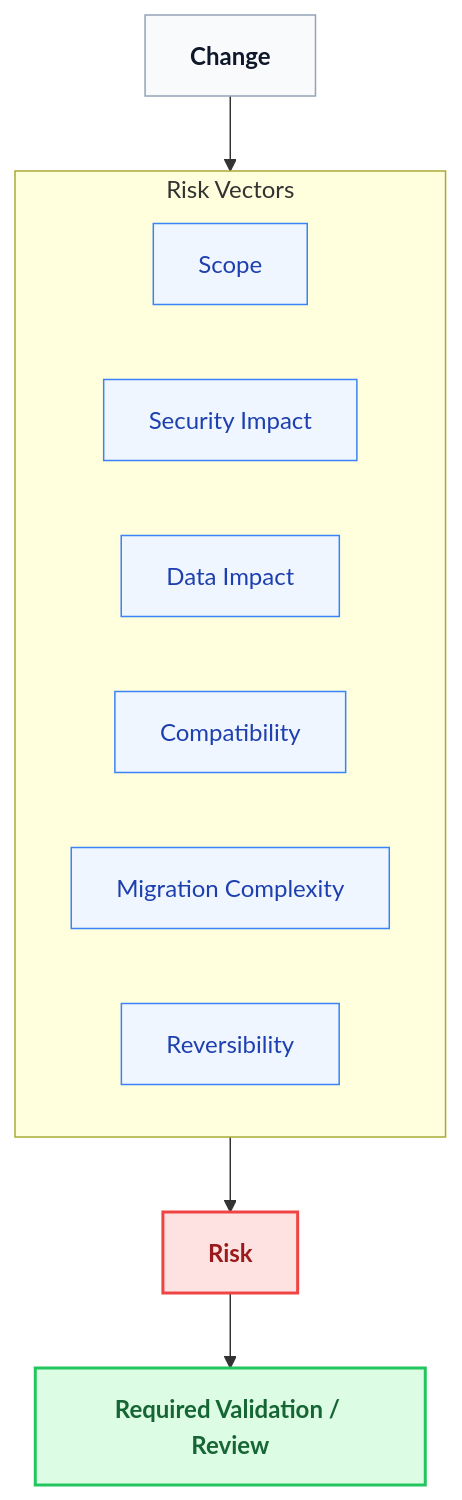
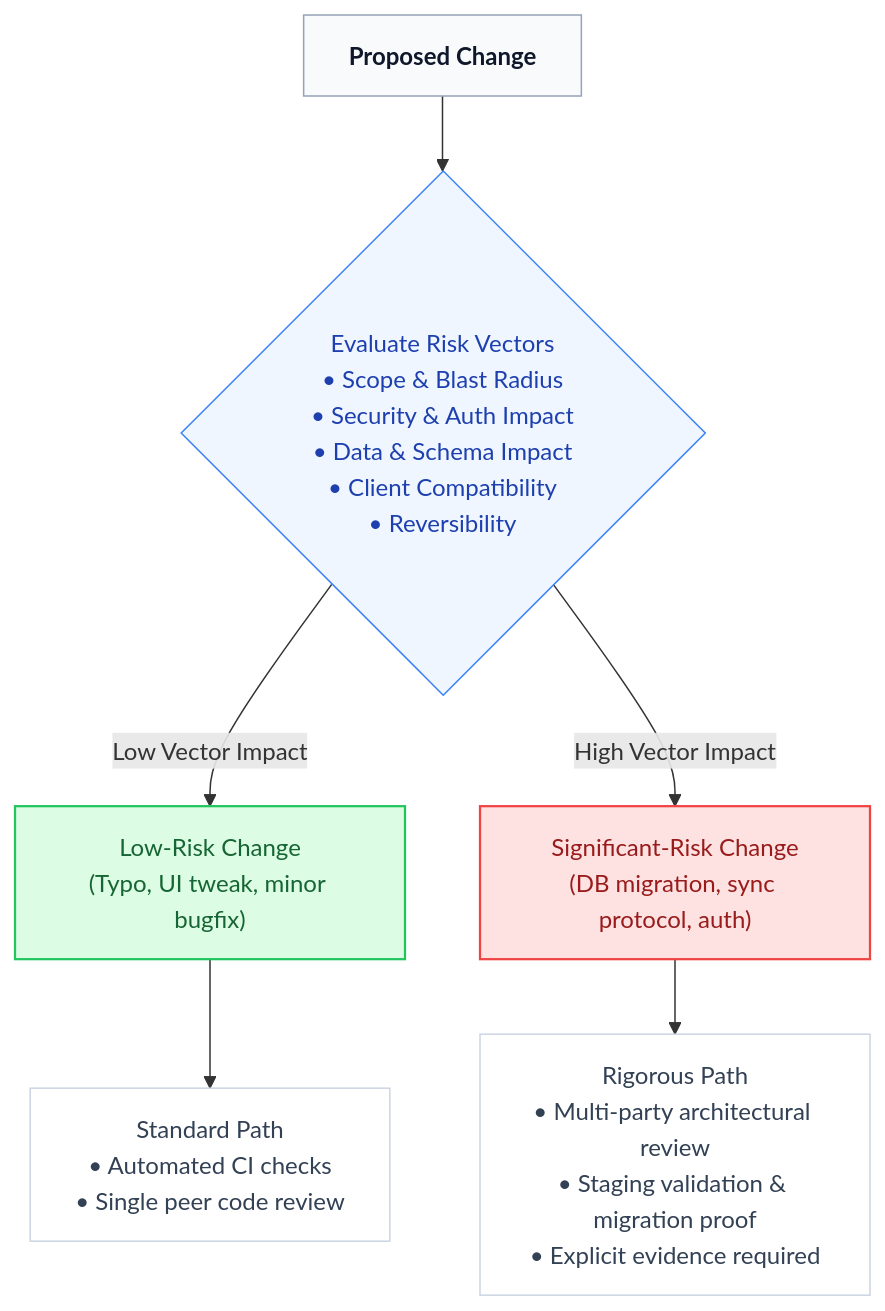
Before and after one commit to davidalbertstark-lab/Lenar: the second of 4 diagrams in docs/architecture/16-Development-Release.md, drawn with Mermaid. The commit also changed other lines of this file and 28 other files, not shown here.

Commit message:
docs: system-wide diagram redesign for first-instance comprehension

````diff
--- a/docs/architecture/16-Development-Release.md
+++ b/docs/architecture/16-Development-Release.md
@@ -67,31 +72,16 @@
 ```mermaid
 flowchart TD
-    classDef step fill:#f8fafc,stroke:#94a3b8,stroke-width:1px,color:#0f172a,font-weight:bold
-    classDef factor fill:#eff6ff,stroke:#3b82f6,stroke-width:1px,color:#1e40af
-    classDef risk fill:#fee2e2,stroke:#ef4444,stroke-width:2px,color:#991b1b,font-weight:bold
-    classDef outcome fill:#dcfce3,stroke:#22c55e,stroke-width:2px,color:#166534,font-weight:bold
+    classDef neutral fill:#f8fafc,stroke:#94a3b8,stroke-width:1px,color:#0f172a,font-weight:bold
+    classDef vector fill:#eff6ff,stroke:#3b82f6,stroke-width:1px,color:#1e40af
+    classDef low fill:#dcfce3,stroke:#22c55e,stroke-width:1.5px,color:#166534
+    classDef high fill:#fee2e2,stroke:#ef4444,stroke-width:1.5px,color:#991b1b
+    classDef action fill:#fff,stroke:#cbd5e1,stroke-width:1px,color:#334155
 
-    C[Change]
-    
-    subgraph Vectors [Risk Vectors]
-        direction LR
-        S[Scope]
-        SI[Security Impact]
-        DI[Data Impact]
-        Comp[Compatibility]
-        MC[Migration Complexity]
-        Rev[Reversibility]
-    end
+    CHANGE["Proposed Change"]:::neutral --> EVAL{"Evaluate Risk Vectors<br/>• Scope & Blast Radius<br/>• Security & Auth Impact<br/>• Data & Schema Impact<br/>• Client Compatibility<br/>• Reversibility"}:::vector
 
-    R[Risk]
-    RVR[Required Validation / Review]
+    EVAL -->|"Low Vector Impact"| LOW["Low-Risk Change<br/>(Typo, UI tweak, minor bugfix)"]:::low
+    EVAL -->|"High Vector Impact"| HIGH["Significant-Risk Change<br/>(DB migration, sync protocol, auth)"]:::high
 
-    C --> Vectors
-    Vectors --> R
-    R --> RVR
-
-    class C step;
-    class S,SI,DI,Comp,MC,Rev factor;
-    class R risk;
-    class RVR outcome;
+    LOW --> REV_LOW["Standard Path<br/>• Automated CI checks<br/>• Single peer code review"]:::action
+    HIGH --> REV_HIGH["Rigorous Path<br/>• Multi-party architectural review<br/>• Staging validation & migration proof<br/>• Explicit evidence required"]:::action
 ```
````
